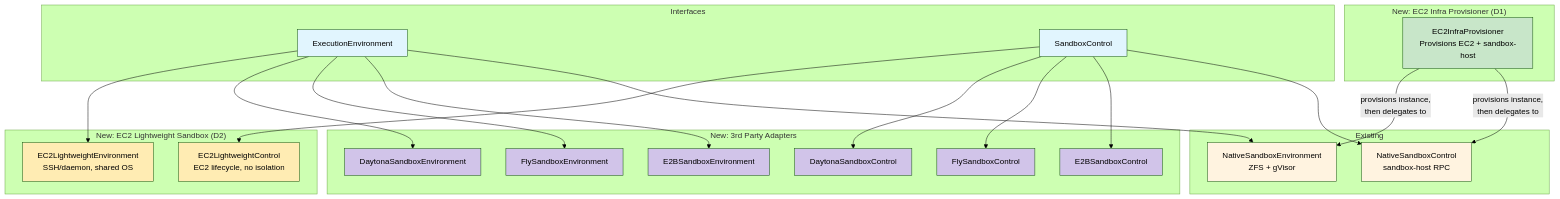
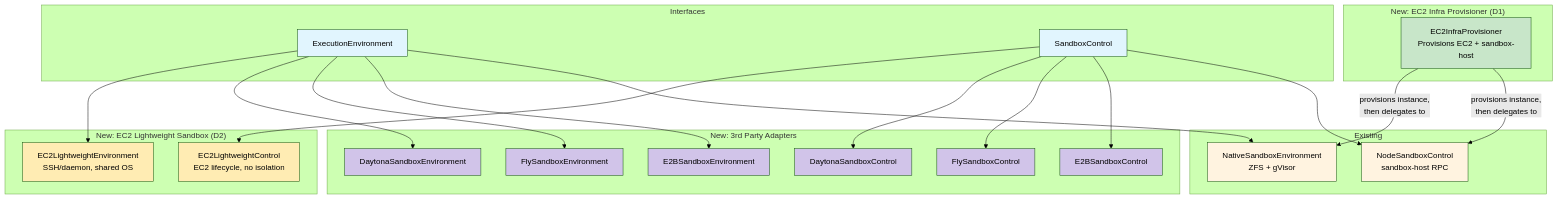
One commit to dcosson/flex-agent-runtime changed the diagram in docs/shaping/cloud-sandbox-providers.md. Above: the diagram before and after it, drawn with Mermaid (forest theme). The commit also changed other lines of this file and 12 other files, not shown here.

First line of the commit message:
Rename NativeSandboxControl to NodeSandboxControl

````diff
--- a/docs/shaping/cloud-sandbox-providers.md
+++ b/docs/shaping/cloud-sandbox-providers.md
@@ -400,59 +400,59 @@
 ```mermaid
 graph TD
     subgraph "Interfaces"
         EE[ExecutionEnvironment]
         SC[SandboxControl]
     end
 
     subgraph "Existing"
         NE[NativeSandboxEnvironment<br/>ZFS + gVisor]
-        NC[NativeSandboxControl<br/>sandbox-host RPC]
+        NC[NodeSandboxControl<br/>sandbox-host RPC]
     end
 
     subgraph "New: 3rd Party Adapters"
         E2B_E[E2BSandboxEnvironment]
         E2B_C[E2BSandboxControl]
         FLY_E[FlySandboxEnvironment]
         FLY_C[FlySandboxControl]
         DAY_E[DaytonaSandboxEnvironment]
         DAY_C[DaytonaSandboxControl]
     end
 
     subgraph "New: EC2 Infra Provisioner (D1)"
         EC2P[EC2InfraProvisioner<br/>Provisions EC2 + sandbox-host]
     end
 
     subgraph "New: EC2 Lightweight Sandbox (D2)"
         EC2L_E[EC2LightweightEnvironment<br/>SSH/daemon, shared OS]
         EC2L_C[EC2LightweightControl<br/>EC2 lifecycle, no isolation]
     end
 
     EE --> NE
     EE --> E2B_E
     EE --> FLY_E
     EE --> DAY_E
     EE --> EC2L_E
 
     SC --> NC
     SC --> E2B_C
     SC --> FLY_C
     SC --> DAY_C
     SC --> EC2L_C
 
     EC2P -->|provisions instance,<br/>then delegates to| NC
     EC2P -->|provisions instance,<br/>then delegates to| NE
 
     style EE fill:#e1f5fe
     style SC fill:#e1f5fe
     style NE fill:#fff3e0
     style NC fill:#fff3e0
     style E2B_E fill:#d1c4e9
     style E2B_C fill:#d1c4e9
     style FLY_E fill:#d1c4e9
     style FLY_C fill:#d1c4e9
     style DAY_E fill:#d1c4e9
     style DAY_C fill:#d1c4e9
     style EC2P fill:#c8e6c9
     style EC2L_E fill:#ffecb3
     style EC2L_C fill:#ffecb3
 ```
````
